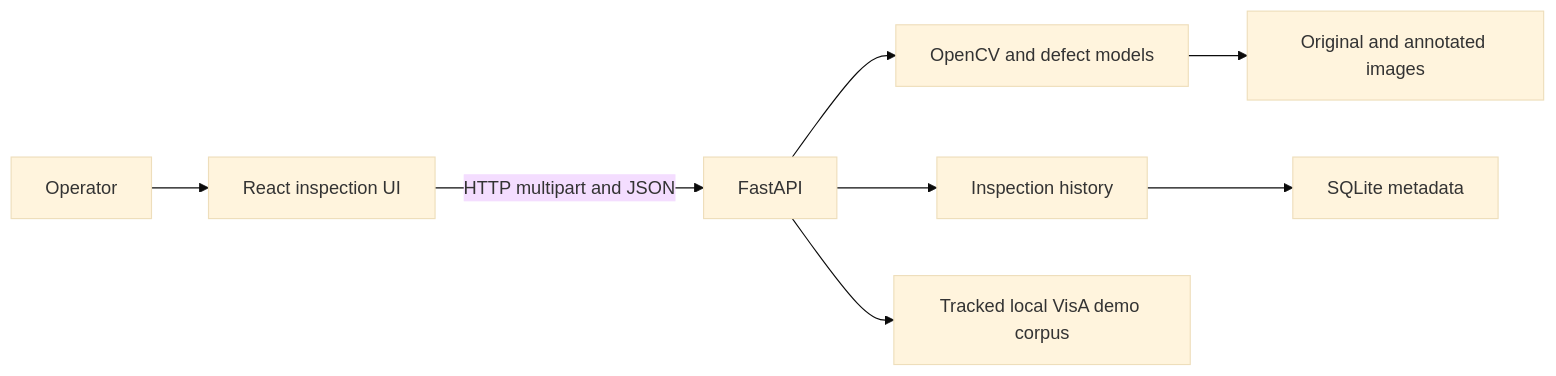
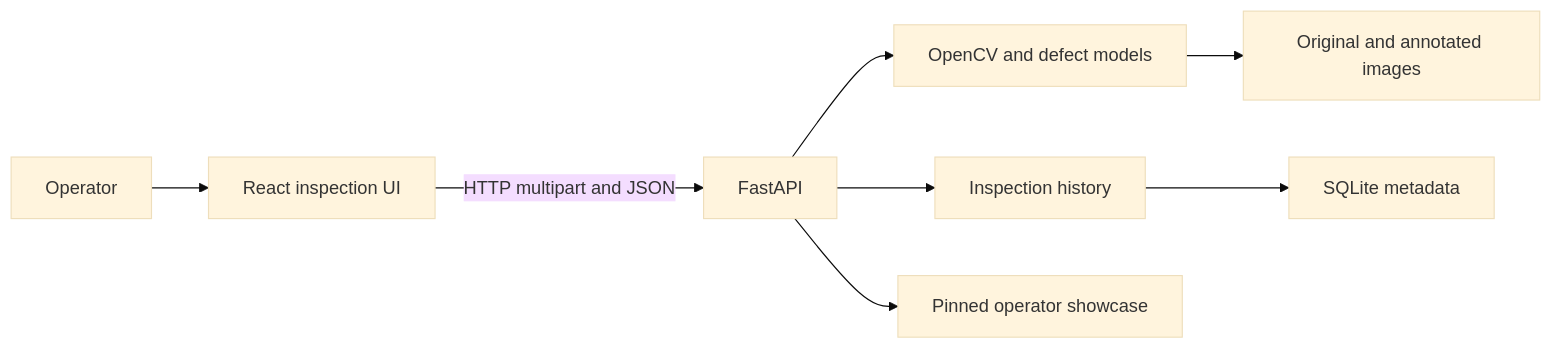
The first of 2 diagrams in ARCHITECTURE.md (legion2440/inspect-vision), drawn with Mermaid (base theme) before and after one commit. The commit also changed other lines of this file, not shown here.

Commit message:
docs: restore operator showcase architecture

````diff
--- a/ARCHITECTURE.md
+++ b/ARCHITECTURE.md
@@ -15,10 +15,10 @@
 ```mermaid
 flowchart LR
     Operator["Operator"] --> Frontend["React inspection UI"]
     Frontend -->|"HTTP multipart and JSON"| API["FastAPI"]
     API --> Detection["OpenCV and defect models"]
     API --> History["Inspection history"]
-    API --> Samples["Tracked local VisA demo corpus"]
+    API --> Samples["Pinned operator showcase"]
     Detection --> Media["Original and annotated images"]
     History --> Database["SQLite metadata"]
 ```
````
